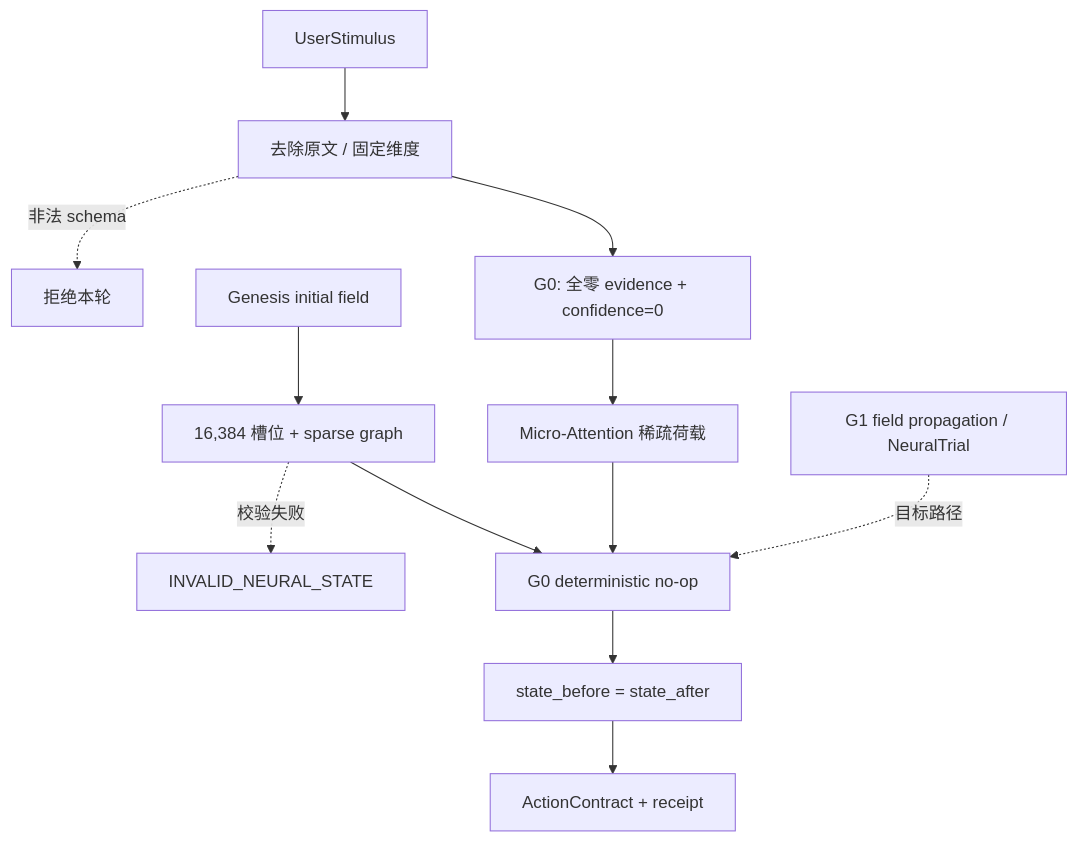
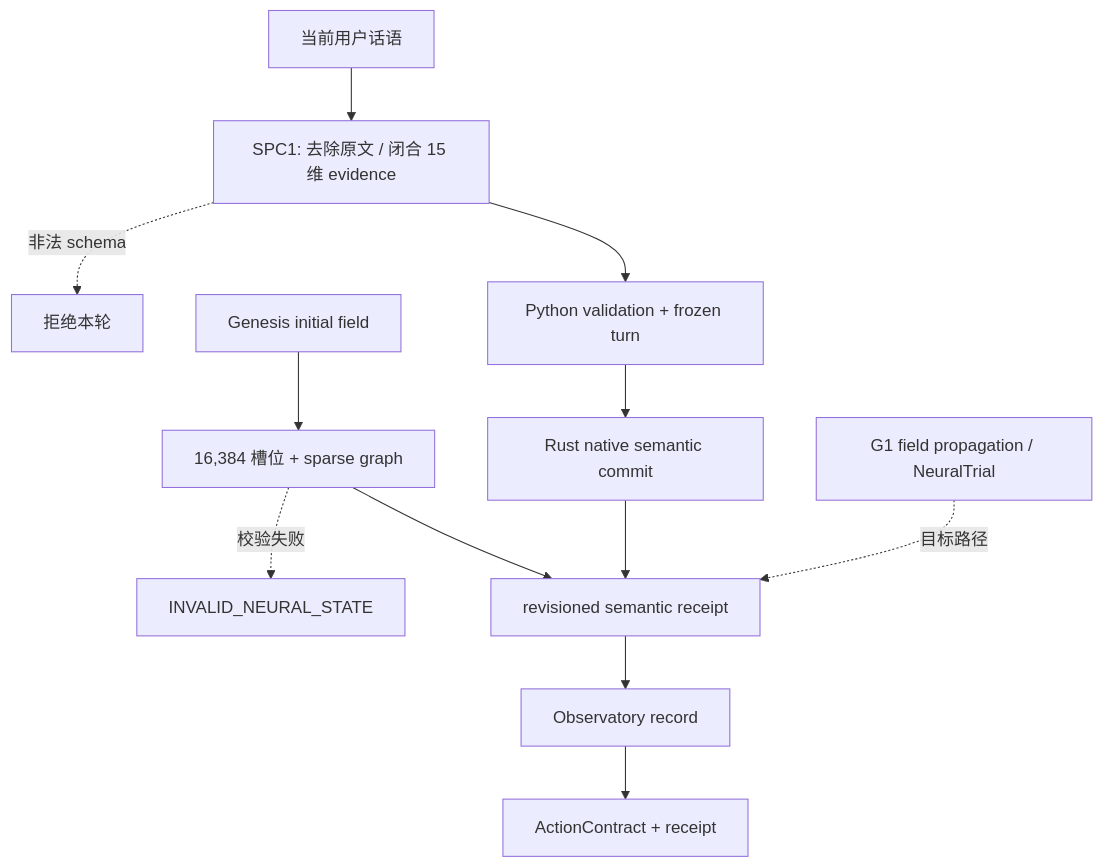
Before and after one commit to 2718labs/astrbot_plugin_astrembodiment: the fourth of 9 diagrams in README.md, drawn with Mermaid. The commit also changed other lines of this file and 2 other files, not shown here.

````diff
--- a/README.md
+++ b/README.md
@@ -197,14 +179,14 @@
 ```mermaid
 flowchart TD
-    A[UserStimulus] --> B[去除原文 / 固定维度]
-    B --> C[G0: 全零 evidence + confidence=0]
-    C --> D[Micro-Attention 稀疏荷载]
+    A[当前用户话语] --> B[SPC1: 去除原文 / 闭合 15 维 evidence]
+    B --> C[Python validation + frozen turn]
+    C --> D[Rust native semantic commit]
     E[Genesis initial field] --> F[16,384 槽位 + sparse graph]
-    D --> G[G0 deterministic no-op]
+    D --> G[revisioned semantic receipt]
     F --> G
-    G --> H[state_before = state_after]
+    G --> H[Observatory record]
     H --> I[ActionContract + receipt]
     B -.非法 schema.-> J[拒绝本轮]
     K[G1 field propagation / NeuralTrial] -.目标路径.-> G
     F -.校验失败.-> L[INVALID_NEURAL_STATE]
 ```
````
